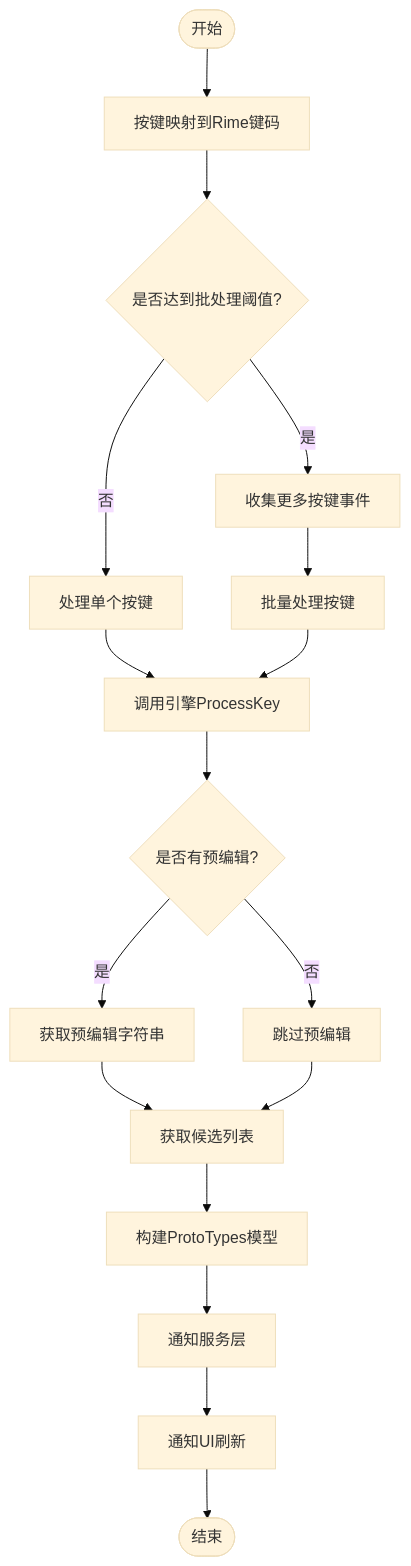
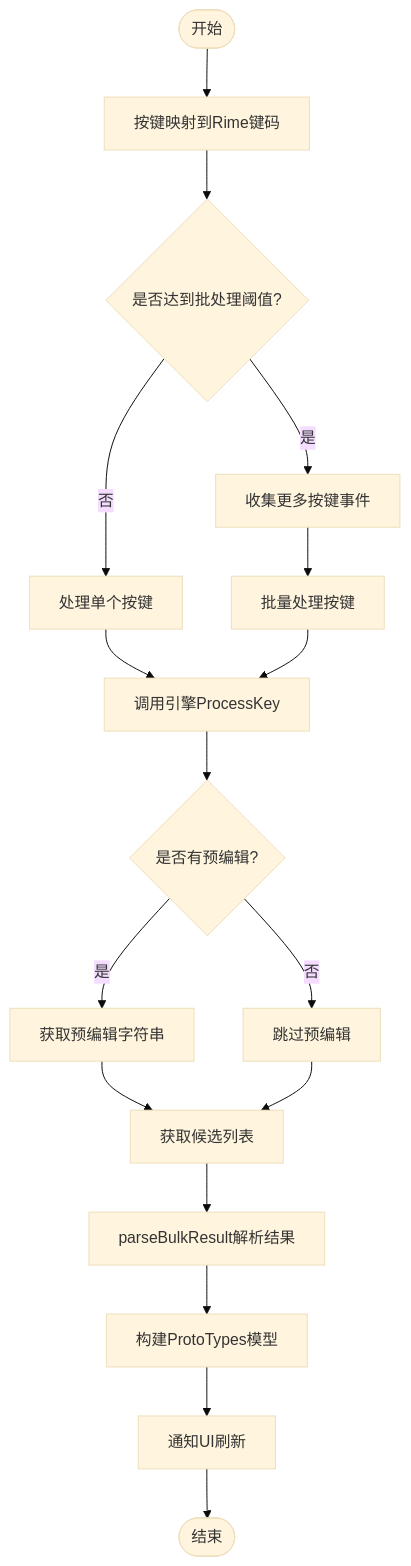
The fourth of 10 diagrams in .qoder/repowiki/zh/content/架构设计/分层架构设计/业务逻辑层/SimpleRimeImpl 核心实现.md (qiaodashaoye/ziyou-ime), drawn with Mermaid (base theme) before and after one commit. The commit also changed other lines of this file and 14 other files, not shown here.

````diff
--- a/.qoder/repowiki/zh/content/架构设计/分层架构设计/业务逻辑层/SimpleRimeImpl 核心实现.md
+++ b/.qoder/repowiki/zh/content/架构设计/分层架构设计/业务逻辑层/SimpleRimeImpl 核心实现.md
@@ -236,19 +247,19 @@
 ```mermaid
 flowchart TD
 Start(["开始"]) --> KeyMap["按键映射到Rime键码"]
 KeyMap --> CheckBatch{"是否达到批处理阈值?"}
 CheckBatch --> |是| CollectBatch["收集更多按键事件"]
 CheckBatch --> |否| ProcessSingle["处理单个按键"]
 CollectBatch --> ProcessBatch["批量处理按键"]
 ProcessSingle --> ProcessKey["调用引擎ProcessKey"]
 ProcessBatch --> ProcessKey
 ProcessKey --> CheckPreedit{"是否有预编辑?"}
 CheckPreedit --> |是| GetPreedit["获取预编辑字符串"]
 CheckPreedit --> |否| SkipPreedit["跳过预编辑"]
 GetPreedit --> GetCandidates["获取候选列表"]
 SkipPreedit --> GetCandidates
-GetCandidates --> BuildModels["构建ProtoTypes模型"]
-BuildModels --> NotifyService["通知服务层"]
-NotifyService --> NotifyUI["通知UI刷新"]
+GetCandidates --> ParseResult["parseBulkResult解析结果"]
+ParseResult --> BuildModels["构建ProtoTypes模型"]
+BuildModels --> NotifyUI["通知UI刷新"]
 NotifyUI --> End(["结束"])
 ```
````
